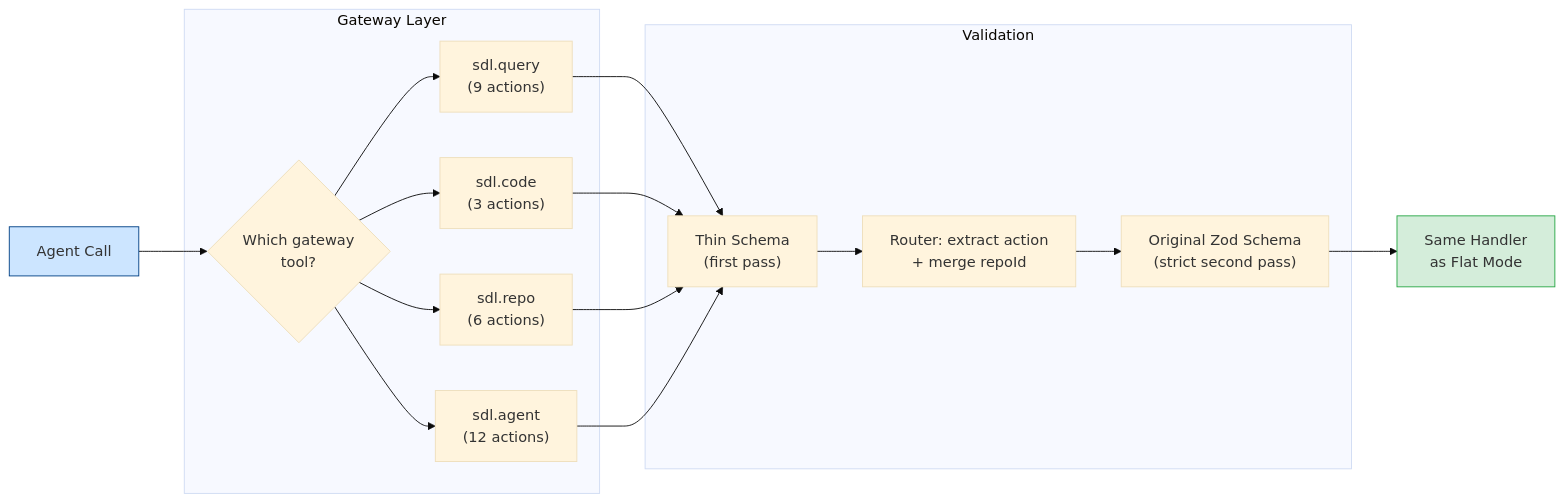
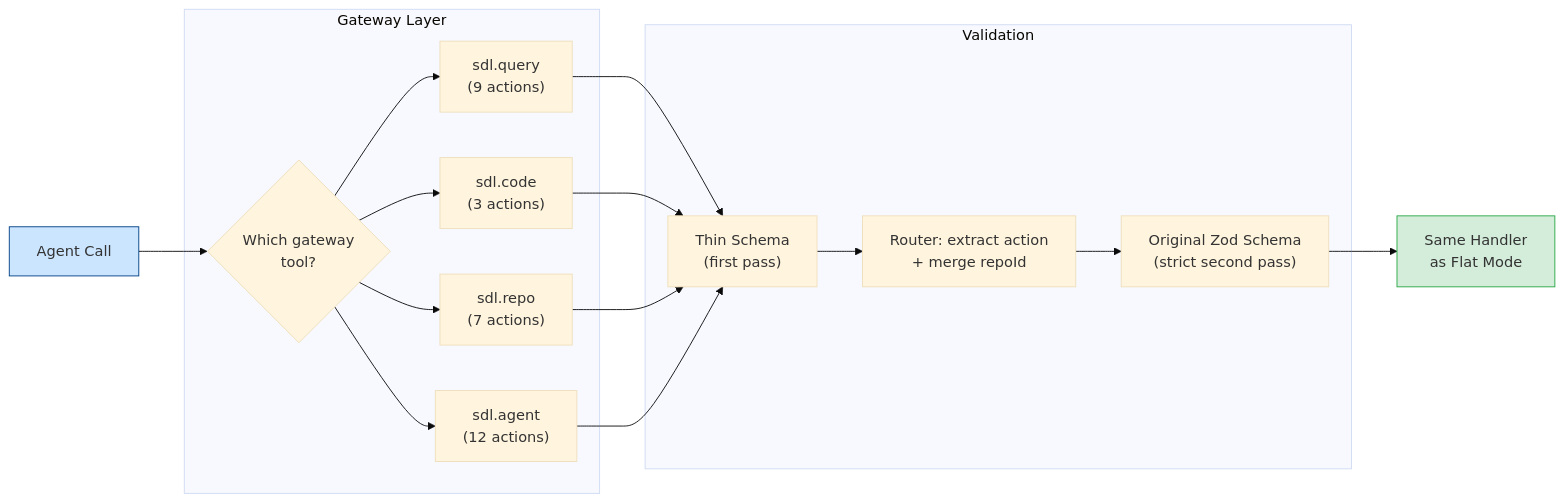
Before and after one commit to GlitterKill/sdl-mcp: the diagram in docs/feature-deep-dives/tool-gateway.md, drawn with Mermaid (base theme). The commit also changed other lines of this file and 38 other files, not shown here.

````diff
--- a/docs/feature-deep-dives/tool-gateway.md
+++ b/docs/feature-deep-dives/tool-gateway.md
@@ -85,30 +86,30 @@
 ```mermaid
 flowchart LR
     Agent["Agent Call"]
 
     subgraph "Gateway Layer"
         GW{"Which gateway<br/>tool?"}
         Q["sdl.query<br/>(9 actions)"]
         C["sdl.code<br/>(3 actions)"]
-        R["sdl.repo<br/>(6 actions)"]
+        R["sdl.repo<br/>(7 actions)"]
         A["sdl.agent<br/>(12 actions)"]
     end
 
     subgraph "Validation"
         Thin["Thin Schema<br/>(first pass)"]
         Router["Router: extract action<br/>+ merge repoId"]
         Strict["Original Zod Schema<br/>(strict second pass)"]
     end
 
     Handler["Same Handler<br/>as Flat Mode"]
 
     Agent --> GW
     GW --> Q & C & R & A
     Q & C & R & A --> Thin
     Thin --> Router
     Router --> Strict
     Strict --> Handler
 
     style Agent fill:#cce5ff,stroke:#004085
     style Handler fill:#d4edda,stroke:#28a745
 ```
````
